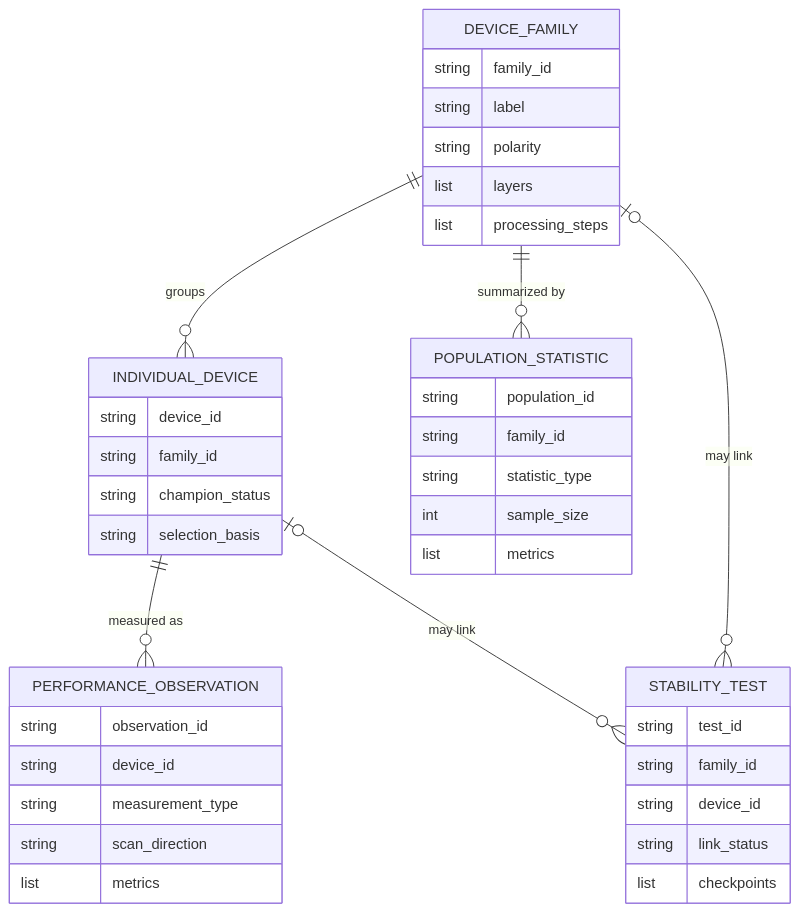
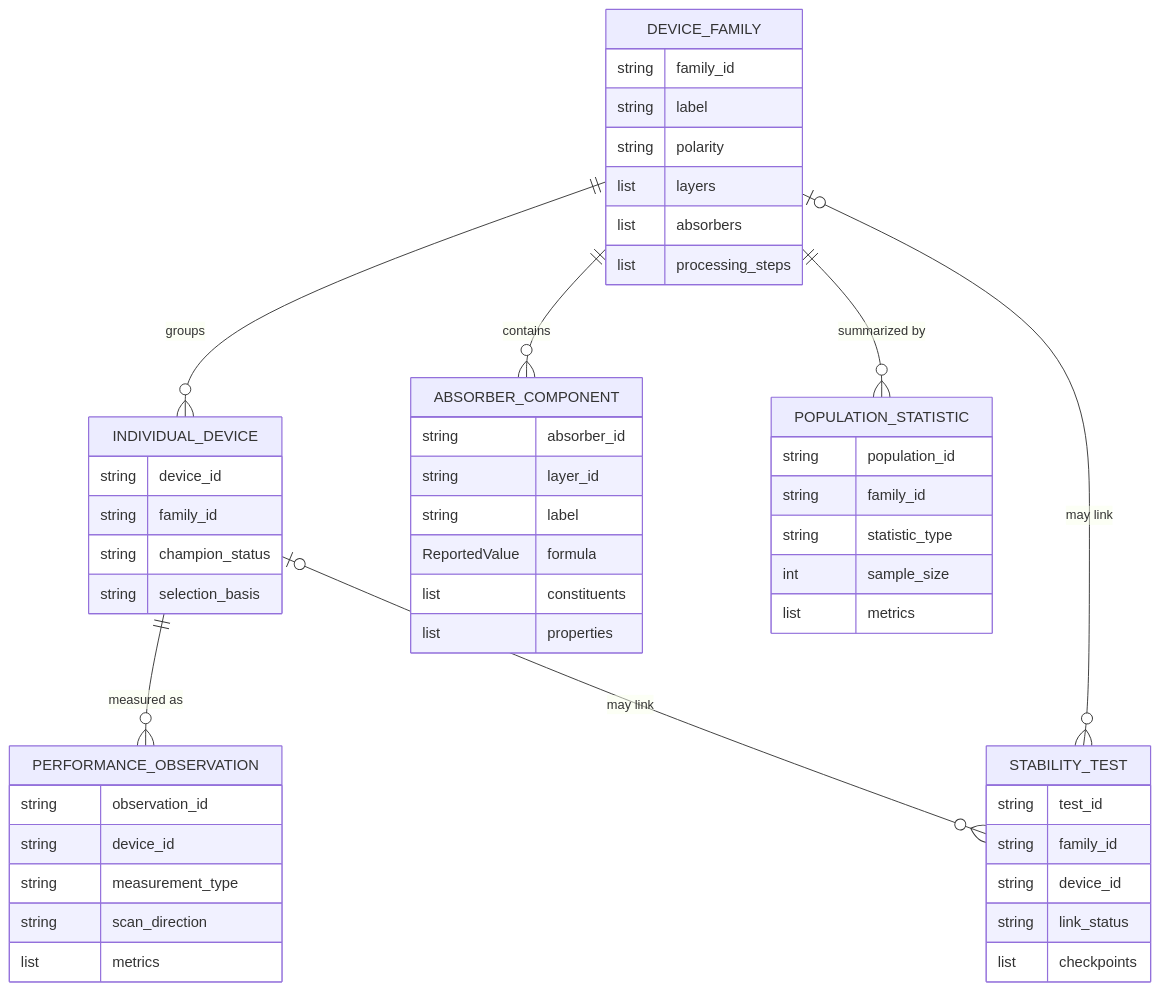
One commit to lamalab-org/perla-extract changed the diagram in docs/concepts/study-model.md. Above: the diagram before and after it, drawn with Mermaid. The commit also changed other lines of this file and 31 other files, not shown here.

````diff
--- a/docs/concepts/study-model.md
+++ b/docs/concepts/study-model.md
@@ -8,43 +8,53 @@
 ```mermaid
 erDiagram
     DEVICE_FAMILY ||--o{ INDIVIDUAL_DEVICE : "groups"
+    DEVICE_FAMILY ||--o{ ABSORBER_COMPONENT : "contains"
     DEVICE_FAMILY ||--o{ POPULATION_STATISTIC : "summarized by"
     INDIVIDUAL_DEVICE ||--o{ PERFORMANCE_OBSERVATION : "measured as"
     DEVICE_FAMILY o|--o{ STABILITY_TEST : "may link"
     INDIVIDUAL_DEVICE o|--o{ STABILITY_TEST : "may link"
 
     DEVICE_FAMILY {
         string family_id
         string label
         string polarity
         list layers
+        list absorbers
         list processing_steps
+    }
+    ABSORBER_COMPONENT {
+        string absorber_id
+        string layer_id
+        string label
+        ReportedValue formula
+        list constituents
+        list properties
     }
     INDIVIDUAL_DEVICE {
         string device_id
         string family_id
         string champion_status
         string selection_basis
     }
     PERFORMANCE_OBSERVATION {
         string observation_id
         string device_id
         string measurement_type
         string scan_direction
         list metrics
     }
     POPULATION_STATISTIC {
         string population_id
         string family_id
         string statistic_type
         int sample_size
         list metrics
     }
     STABILITY_TEST {
         string test_id
         string family_id
         string device_id
         string link_status
         list checkpoints
     }
 ```
````
